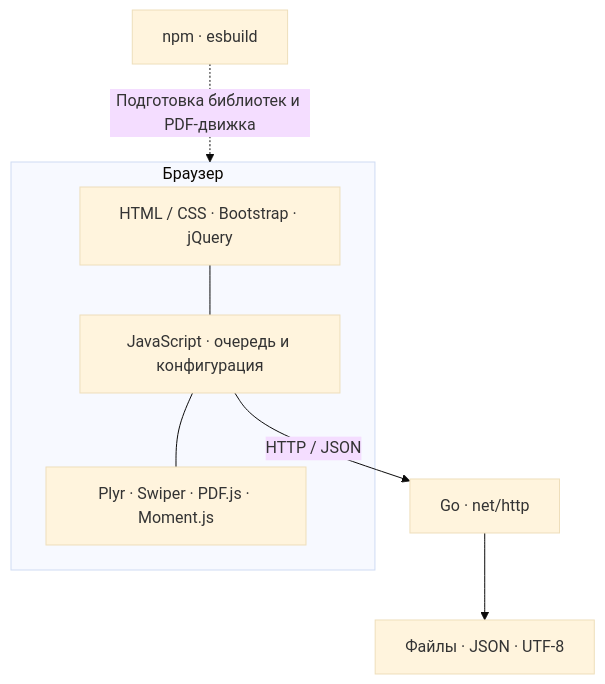
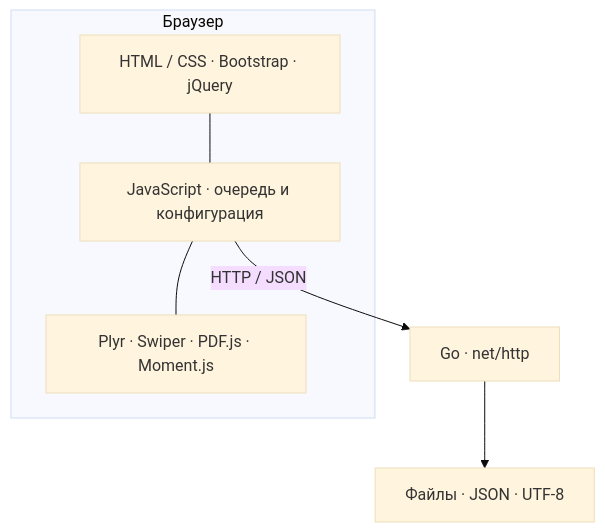
The second of 2 diagrams in README.md (fe11fire/InfoPanel), drawn with Mermaid (base theme) before and after one commit. The commit also changed other lines of this file and 5 other files, not shown here.

````diff
--- a/README.md
+++ b/README.md
@@ -37,13 +37,12 @@
 ```mermaid
 flowchart TB
     subgraph Client["Браузер"]
         UI["HTML / CSS · Bootstrap · jQuery"]
         Core["JavaScript · очередь и конфигурация"]
         Media["Plyr · Swiper · PDF.js · Moment.js"]
         UI --- Core
         Core --- Media
     end
     Core -->|"HTTP / JSON"| API["Go · net/http"]
     API --> Storage["Файлы · JSON · UTF-8"]
-    Build["npm · esbuild"] -.->|"Подготовка библиотек и PDF-движка"| Client
 ```
````
